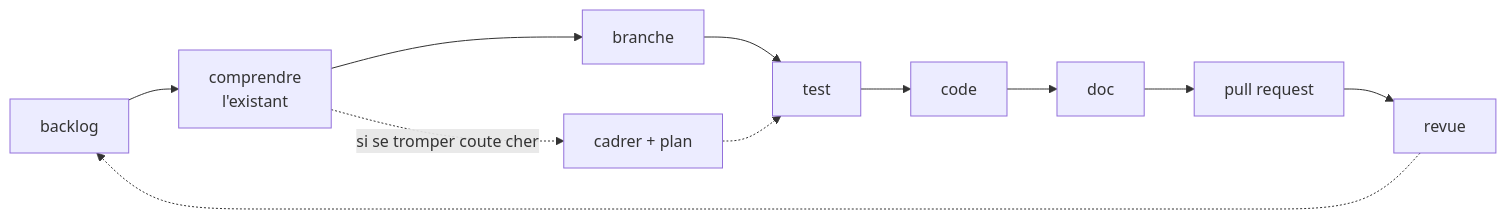
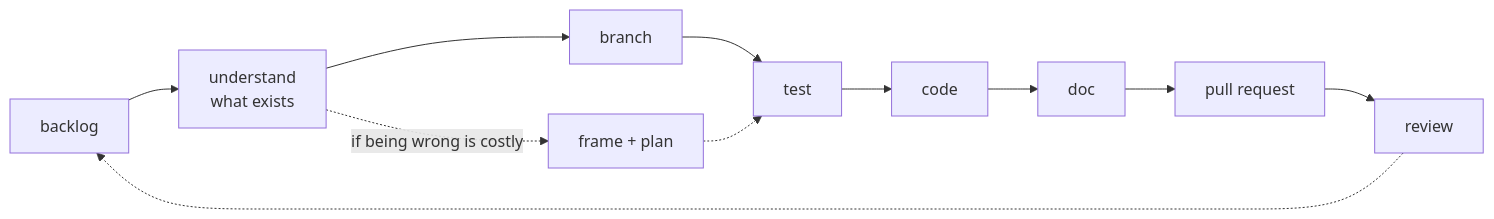
The diagram in skills/cycle-de-dev/SKILL.md (MasterLaplace/LplCraftSkills), drawn with Mermaid before and after one commit. The commit also changed 16 other files, not shown here.

First line of the commit message:
docs: Mermaid diagram text moves to English, the prose stays French

````diff
--- a/skills/cycle-de-dev/SKILL.md
+++ b/skills/cycle-de-dev/SKILL.md
@@ -22,7 +22,7 @@
 ```mermaid
 flowchart LR
-  BL[backlog] --> CE["comprendre<br/>l'existant"] --> BR[branche] --> TE[test] --> CO[code] --> DO[doc] --> PR[pull request] --> RE[revue]
+  BL[backlog] --> CE["understand<br/>what exists"] --> BR[branch] --> TE[test] --> CO[code] --> DO[doc] --> PR[pull request] --> RE[review]
   RE -.-> BL
-  CE -.->|"si se tromper coute cher"| CA["cadrer + plan"]
+  CE -.->|"if being wrong is costly"| CA["frame + plan"]
   CA -.-> TE
 ```
````
